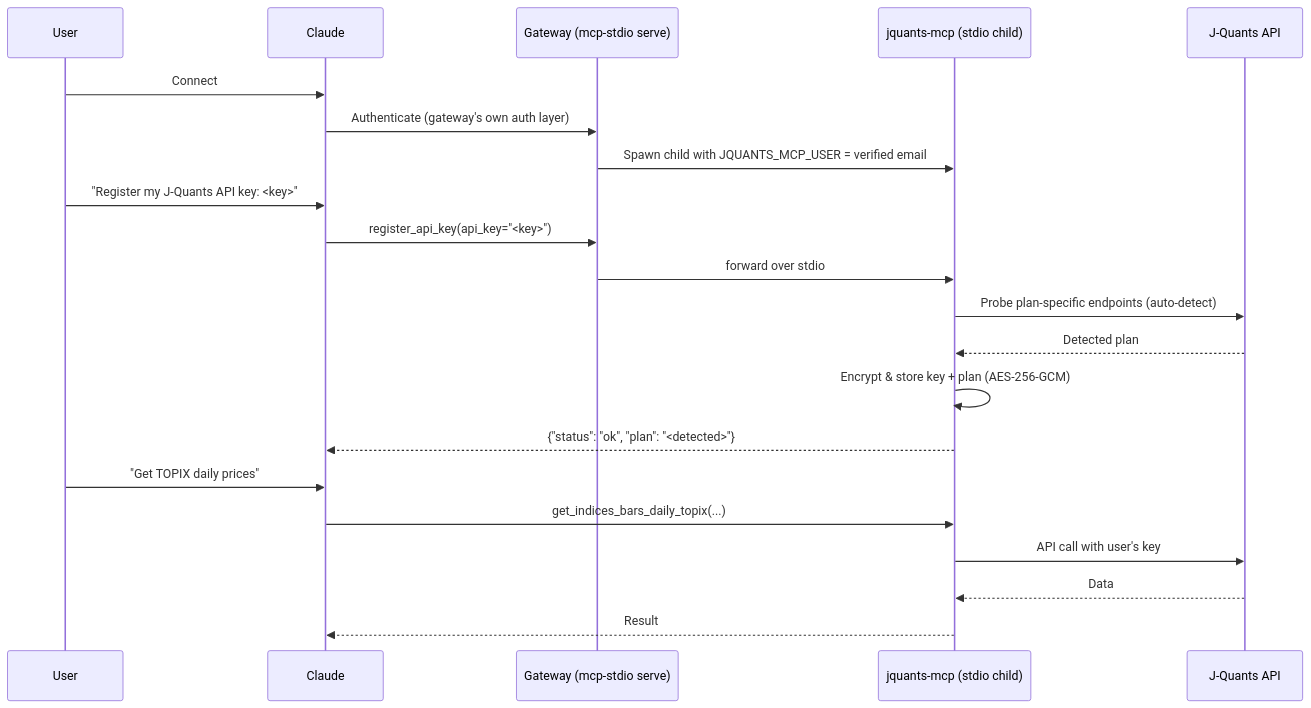
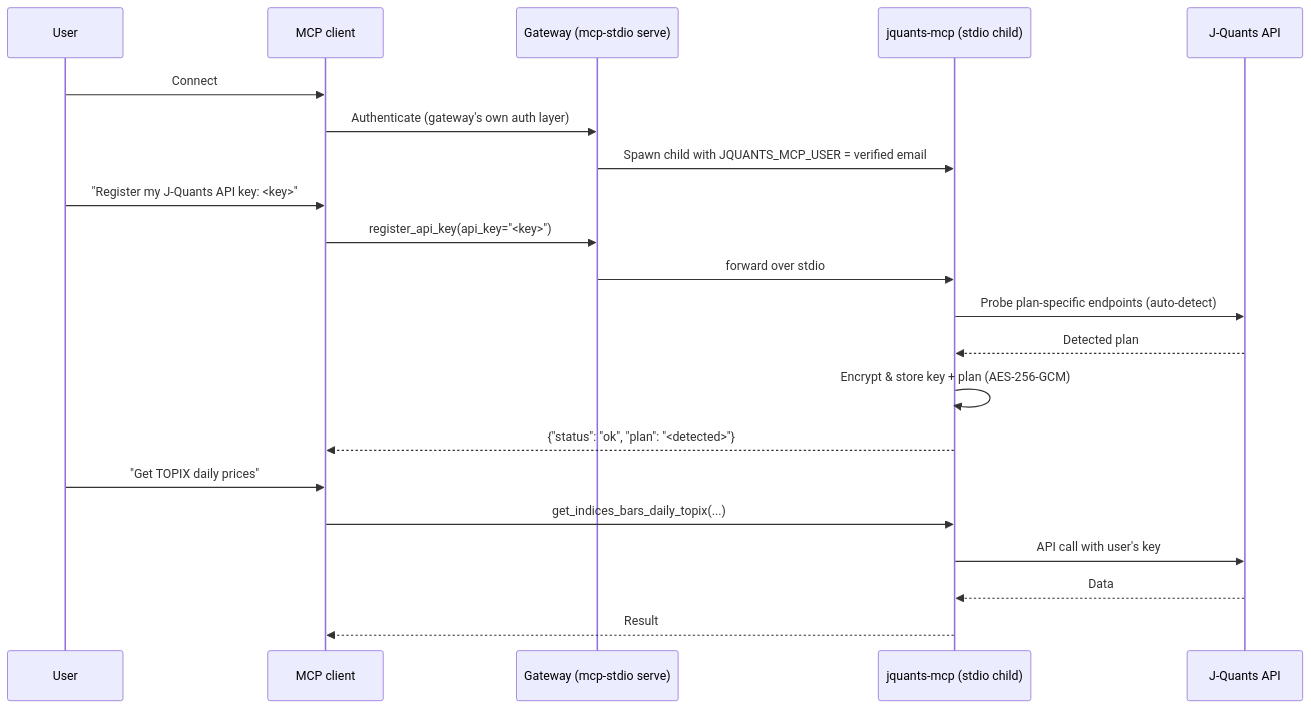
Before and after one commit to shigechika/jquants-mcp: the first of 2 diagrams in README.md, drawn with Mermaid. The commit also changed other lines of this file and 15 other files, not shown here.

First line of the commit message:
docs: show jquants-mcp works with non-Claude MCP clients (Codex, Meta Muse) (#644)

````diff
--- a/README.md
+++ b/README.md
@@ -178,23 +178,23 @@
 ```mermaid
 sequenceDiagram
     participant U as User
-    participant C as Claude
+    participant C as MCP client
     participant G as Gateway (mcp-stdio serve)
     participant S as jquants-mcp (stdio child)
     participant J as J-Quants API
     U->>C: Connect
     C->>G: Authenticate (gateway's own auth layer)
     G->>S: Spawn child with JQUANTS_MCP_USER = verified email
     U->>C: "Register my J-Quants API key: <key>"
     C->>G: register_api_key(api_key="<key>")
     G->>S: forward over stdio
     S->>J: Probe plan-specific endpoints (auto-detect)
     J-->>S: Detected plan
     S->>S: Encrypt & store key + plan (AES-256-GCM)
     S-->>C: {"status": "ok", "plan": "<detected>"}
     U->>C: "Get TOPIX daily prices"
     C->>S: get_indices_bars_daily_topix(...)
     S->>J: API call with user's key
     J-->>S: Data
     S-->>C: Result
 ```
````
